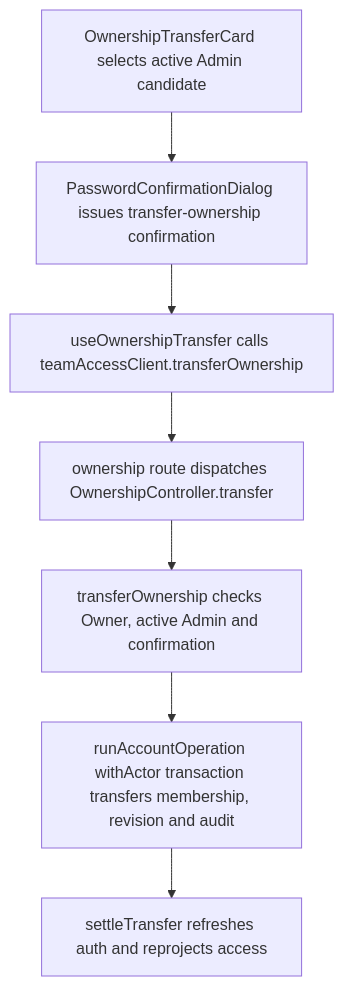
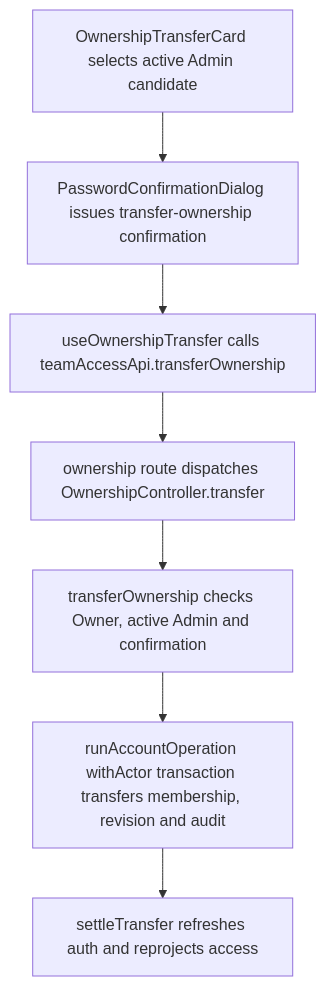
Before and after one commit to Kevinjohn/capacitylens: the second of 2 diagrams in user-stories/settings/US-SET-18-ownership-transfer.md, drawn with Mermaid. The commit also changed other lines of this file and 79 other files, not shown here.

First line of the commit message:
Client to Api: rename the typed HTTP modules

````diff
--- a/user-stories/settings/US-SET-18-ownership-transfer.md
+++ b/user-stories/settings/US-SET-18-ownership-transfer.md
@@ -36,9 +36,9 @@
 ```mermaid
 flowchart TD
   card["OwnershipTransferCard selects active Admin candidate"] --> dialog["PasswordConfirmationDialog issues transfer-ownership confirmation"]
-  dialog --> hook["useOwnershipTransfer calls teamAccessClient.transferOwnership"]
+  dialog --> hook["useOwnershipTransfer calls teamAccessApi.transferOwnership"]
   hook --> route["ownership route dispatches OwnershipController.transfer"]
   route --> service["transferOwnership checks Owner, active Admin and confirmation"]
   service --> transaction["runAccountOperation withActor transaction transfers membership, revision and audit"]
   transaction --> result["settleTransfer refreshes auth and reprojects access"]
 ```
````
